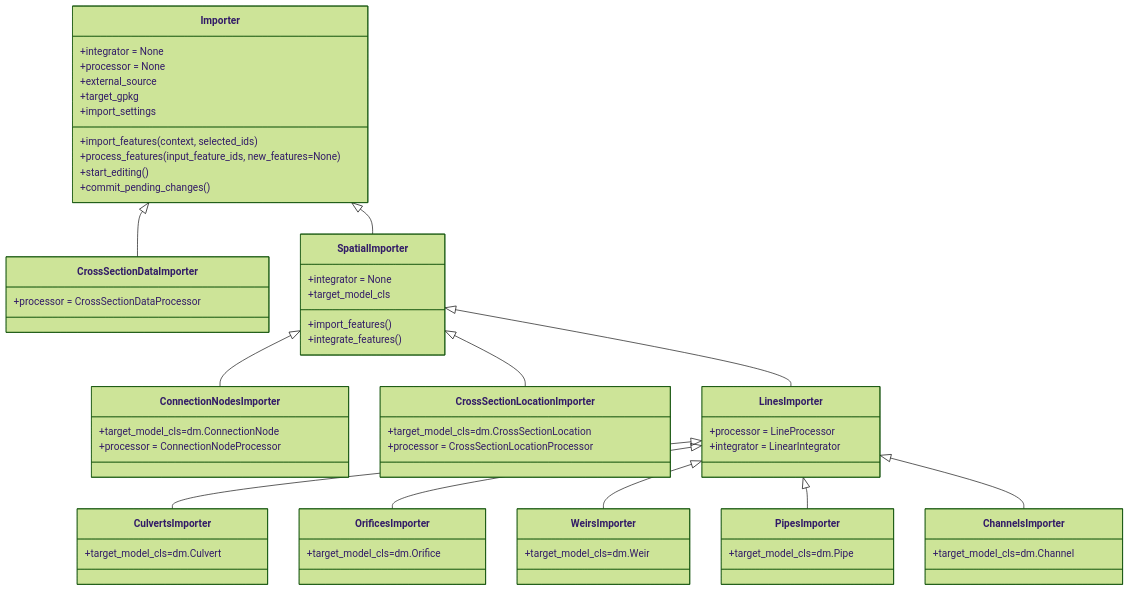
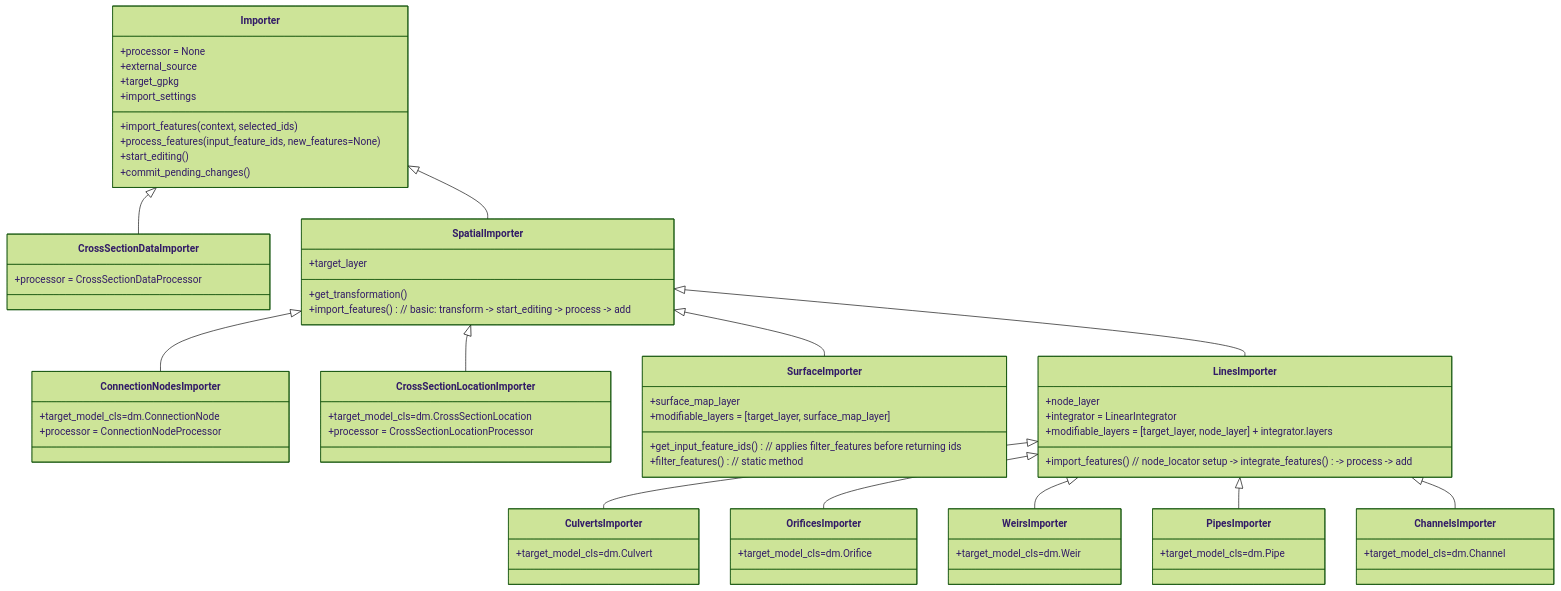
One commit to nens/threedi-schematisation-editor changed the third of 4 diagrams in threedi_schematisation_editor/vector_data_importer/DESIGN.md. Above: the diagram before and after it, drawn with Mermaid (forest theme). The commit also changed other lines of this file and 5 other files, not shown here.

Commit message:
Simplify SpatialImporter by removing node_layer and integrator responsibilities, add SurfaceImporter with feature filtering and SurfaceProcessor updates, move node and integrator handling into LinesImporter and update tests docs and wizard

````diff
--- a/threedi_schematisation_editor/vector_data_importer/DESIGN.md
+++ b/threedi_schematisation_editor/vector_data_importer/DESIGN.md
@@ -118,72 +125,80 @@
 ```mermaid
 classDiagram
     Importer <|-- CrossSectionDataImporter
     Importer <|-- SpatialImporter
     SpatialImporter <|-- ConnectionNodesImporter
     SpatialImporter <|-- CrossSectionLocationImporter
+    SpatialImporter <|-- SurfaceImporter
     SpatialImporter <|-- LinesImporter
     LinesImporter <|-- CulvertsImporter
     LinesImporter <|-- OrificesImporter
     LinesImporter <|-- WeirsImporter
     LinesImporter <|-- PipesImporter
     LinesImporter <|-- ChannelsImporter
 
     class Importer {
-        +integrator = None
         +processor = None
         +external_source
         +target_gpkg
         +import_settings       
         +import_features(context, selected_ids)
         +process_features(input_feature_ids, new_features=None)
         +start_editing()
         +commit_pending_changes()
     }
 
     class CrossSectionDataImporter{
         +processor = CrossSectionDataProcessor
     }
 
     class SpatialImporter {
-        +integrator = None
-        +target_model_cls
-        +import_features()
-        +integrate_features()
+        +target_layer
+        +get_transformation()
+        +import_features()   // basic: transform -> start_editing -> process -> add
     }
 
     class ConnectionNodesImporter {
         +target_model_cls=dm.ConnectionNode
         +processor = ConnectionNodeProcessor
     }
 
     class CrossSectionLocationImporter {
         +target_model_cls=dm.CrossSectionLocation
         +processor = CrossSectionLocationProcessor
     }
 
+    class SurfaceImporter {
+        +surface_map_layer
+        +modifiable_layers = [target_layer, surface_map_layer]
+        +get_input_feature_ids() // applies filter_features before returning ids
+        +filter_features() // static method
+    }
+
     class LinesImporter {
-        +processor = LineProcessor
+        +node_layer
         +integrator = LinearIntegrator
+        +modifiable_layers = [target_layer, node_layer] + integrator.layers
+        +import_features() // node_locator setup -> integrate_features() -> process -> add
     }
 
     class CulvertsImporter {
         +target_model_cls=dm.Culvert
     }
 
     class OrificesImporter {
         +target_model_cls=dm.Orifice
     }
     
     class WeirsImporter {
         +target_model_cls=dm.Weir
     }
     
     class PipesImporter {
         +target_model_cls=dm.Pipe
     }    
     
     class ChannelsImporter {
         +target_model_cls=dm.Channel
     }        
 
 ```
````
